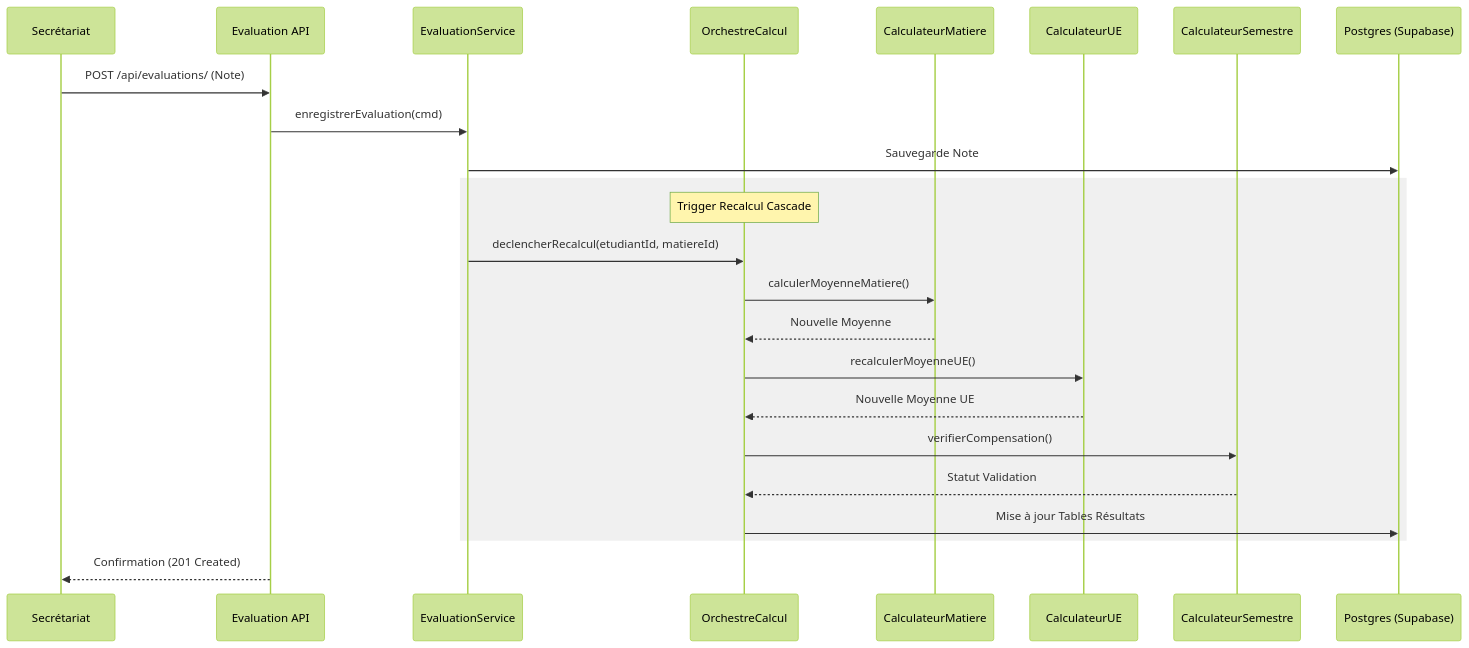
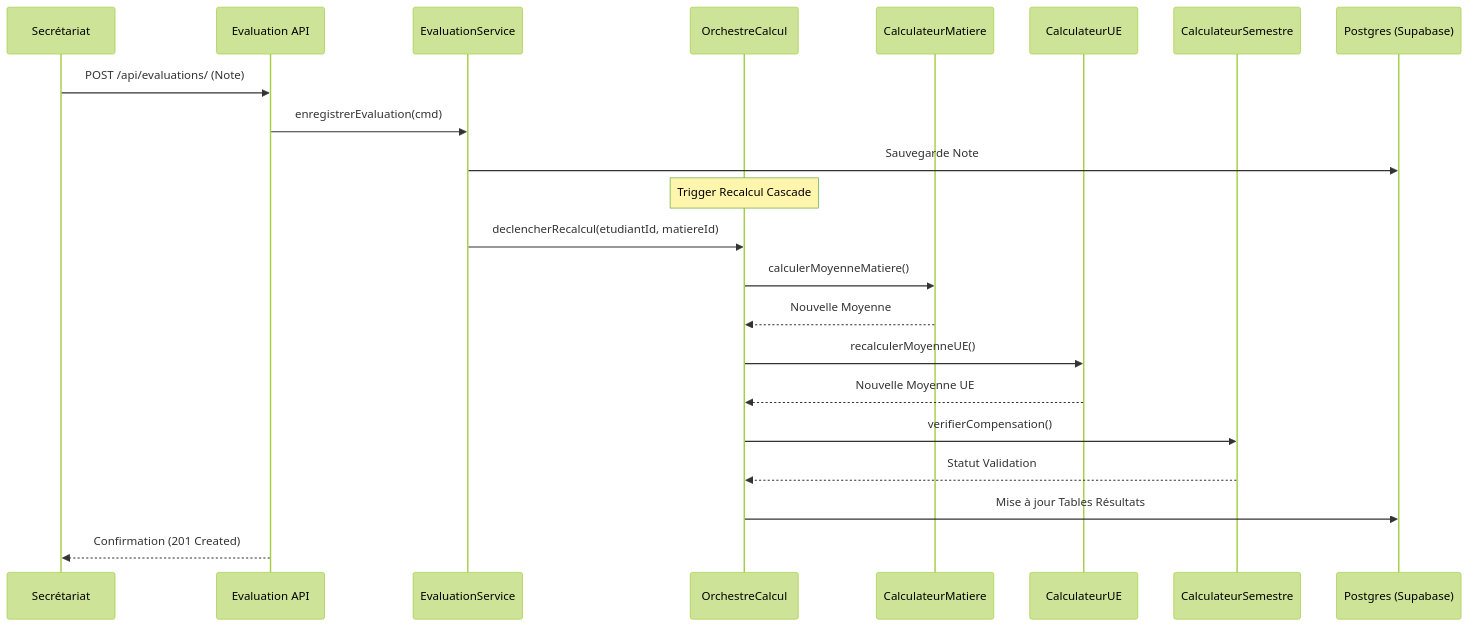
Before and after one commit to taigerdev45/bull: the diagram in docs/uml/seq_note.md, drawn with Mermaid (forest theme). The commit also changed 29 other files, not shown here.

Commit message:
docs: fix mermaid diagrams for github native rendering and remove redundant puml files

````diff
--- a/docs/uml/seq_note.md
+++ b/docs/uml/seq_note.md
@@ -5,29 +5,27 @@
 ```mermaid
 sequenceDiagram
     participant S as Secrétariat
     participant API as Evaluation API
     participant SVC as EvaluationService
     participant ORC as OrchestreCalcul
     participant MAT as CalculateurMatiere
     participant UE as CalculateurUE
     participant SEM as CalculateurSemestre
     participant DB as Postgres (Supabase)
 
     S->>API: POST /api/evaluations/ (Note)
     API->>SVC: enregistrerEvaluation(cmd)
     SVC->>DB: Sauvegarde Note
     
-    rect rgb(240, 240, 240)
     Note over ORC: Trigger Recalcul Cascade
     SVC->>ORC: declencherRecalcul(etudiantId, matiereId)
     ORC->>MAT: calculerMoyenneMatiere()
     MAT-->>ORC: Nouvelle Moyenne
     ORC->>UE: recalculerMoyenneUE()
     UE-->>ORC: Nouvelle Moyenne UE
     ORC->>SEM: verifierCompensation()
     SEM-->>ORC: Statut Validation
     ORC->>DB: Mise à jour Tables Résultats
-    end
     
     API-->>S: Confirmation (201 Created)
 ```
````
